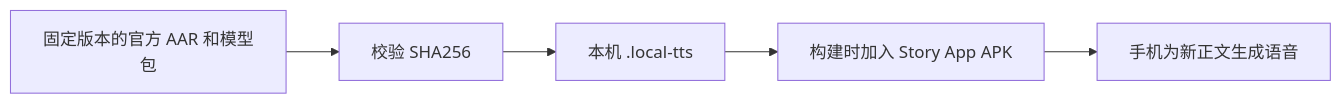
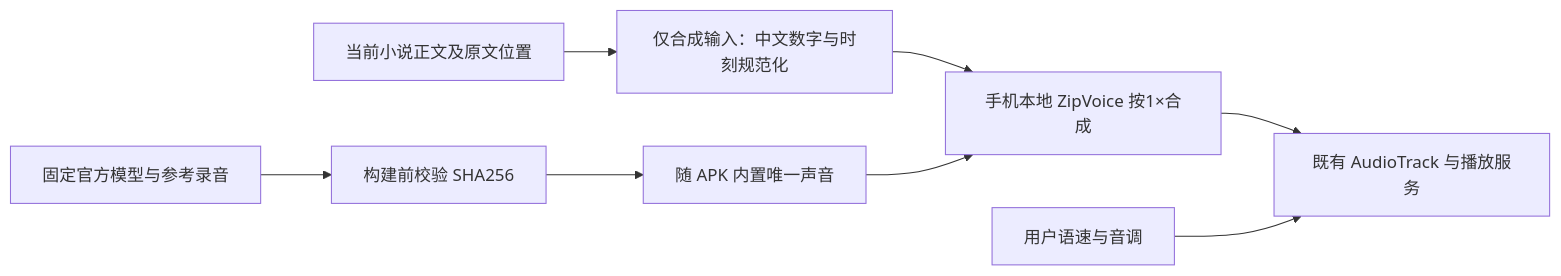
Before and after one commit to longerlsx/story_app: the diagram in docs/knowledge/offline-voice-dependencies.md, drawn with Mermaid. The commit also changed other lines of this file and 75 other files, not shown here.

````diff
--- a/docs/knowledge/offline-voice-dependencies.md
+++ b/docs/knowledge/offline-voice-dependencies.md
@@ -13,7 +22,10 @@
 ```mermaid
 flowchart LR
-    U[固定版本的官方 AAR 和模型包] --> V[校验 SHA256]
-    V --> L[本机 .local-tts]
-    L --> A[构建时加入 Story App APK]
-    A --> G[手机为新正文生成语音]
+    S[固定官方模型与参考录音] --> H[构建前校验 SHA256]
+    H --> A[随 APK 内置唯一声音]
+    T[当前小说正文及原文位置] --> N[仅合成输入：中文数字与时刻规范化]
+    N --> G[手机本地 ZipVoice 按1×合成]
+    A --> G
+    G --> P[既有 AudioTrack 与播放服务]
+    R[用户语速与音调] --> P
 ```
````
